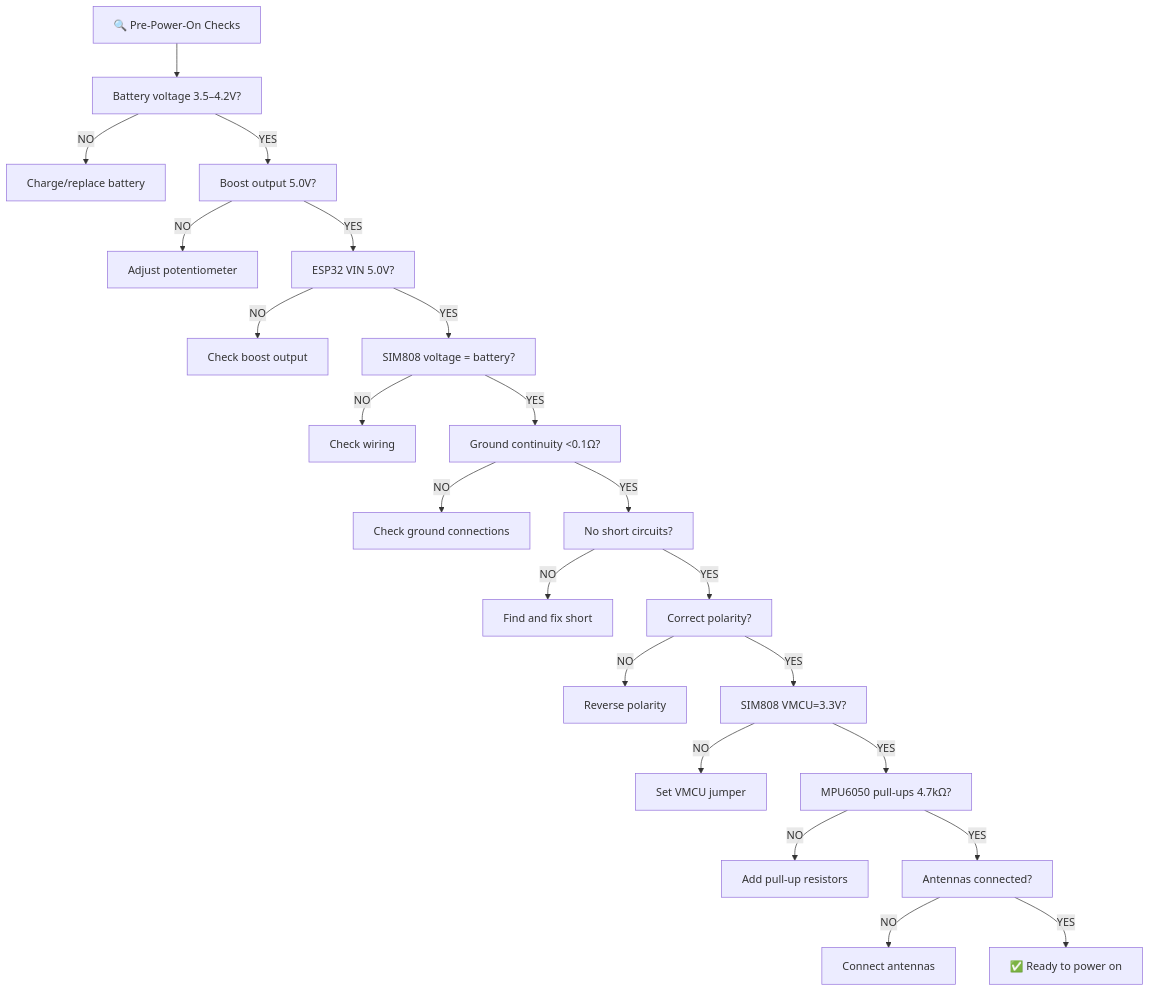
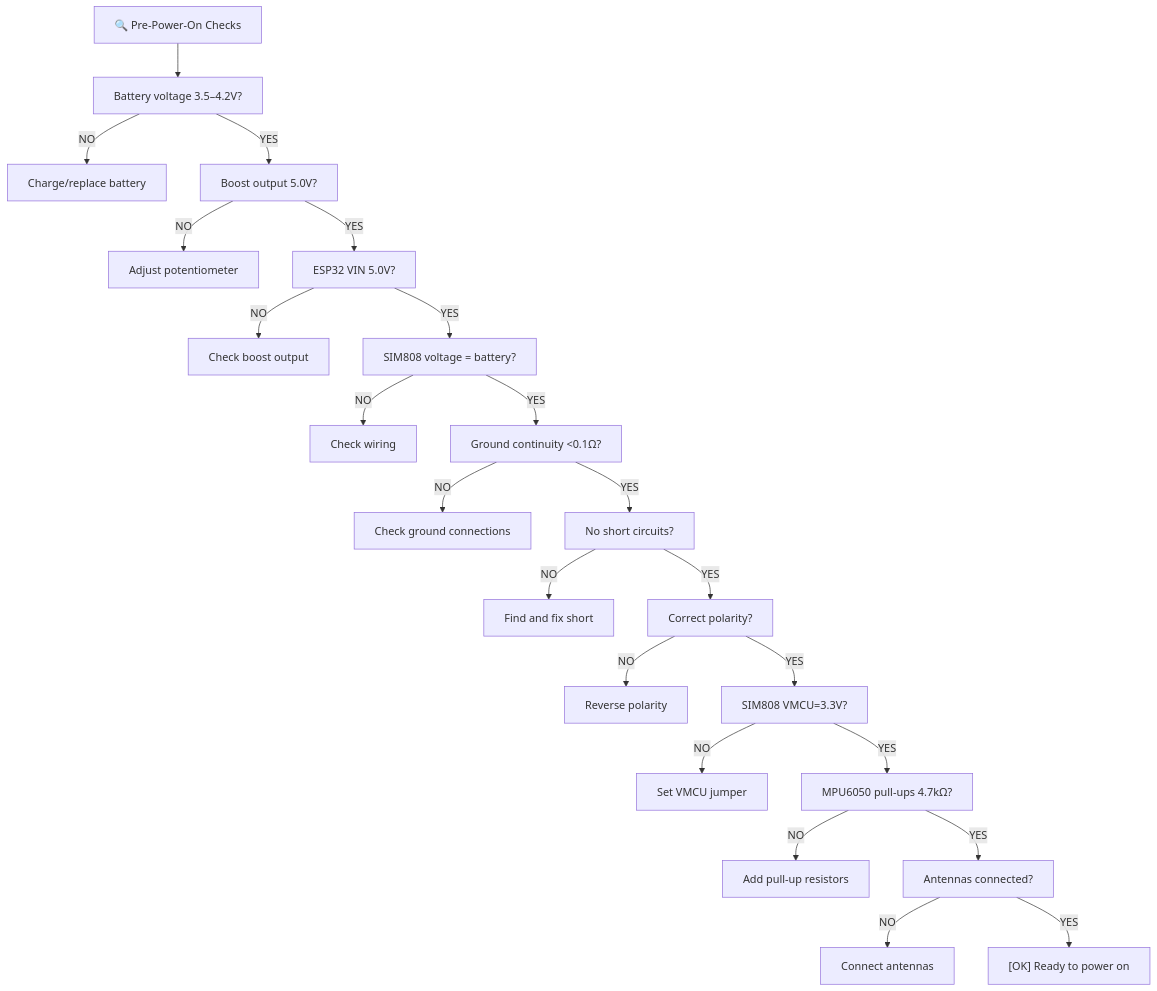
The seventh of 7 diagrams in docs/WIRING.md (qppd/smart-vehicle-impact-detection-device), drawn with Mermaid before and after one commit. The commit also changed other lines of this file and 10 other files, not shown here.

````diff
--- a/docs/WIRING.md
+++ b/docs/WIRING.md
@@ -252,24 +263,24 @@
 ```mermaid
 flowchart TD
     A["🔍 Pre-Power-On Checks"] --> B["Battery voltage 3.5–4.2V?"]
     B -->|NO| FIXB["Charge/replace battery"]
     B -->|YES| C["Boost output 5.0V?"]
     C -->|NO| ADJ["Adjust potentiometer"]
     C -->|YES| D["ESP32 VIN 5.0V?"]
     D -->|NO| CHECK["Check boost output"]
     D -->|YES| E["SIM808 voltage = battery?"]
     E -->|NO| CHECK2["Check wiring"]
     E -->|YES| F["Ground continuity <0.1Ω?"]
     F -->|NO| FIXG["Check ground connections"]
     F -->|YES| G["No short circuits?"]
     G -->|NO| FIXS["Find and fix short"]
     G -->|YES| H["Correct polarity?"]
     H -->|NO| FIXP["Reverse polarity"]
     H -->|YES| I["SIM808 VMCU=3.3V?"]
     I -->|NO| SET["Set VMCU jumper"]
     I -->|YES| J["MPU6050 pull-ups 4.7kΩ?"]
     J -->|NO| ADDP["Add pull-up resistors"]
     J -->|YES| K["Antennas connected?"]
     K -->|NO| CONN["Connect antennas"]
-    K -->|YES| READY["✅ Ready to power on"]
+    K -->|YES| READY["[OK] Ready to power on"]
 ```
````
